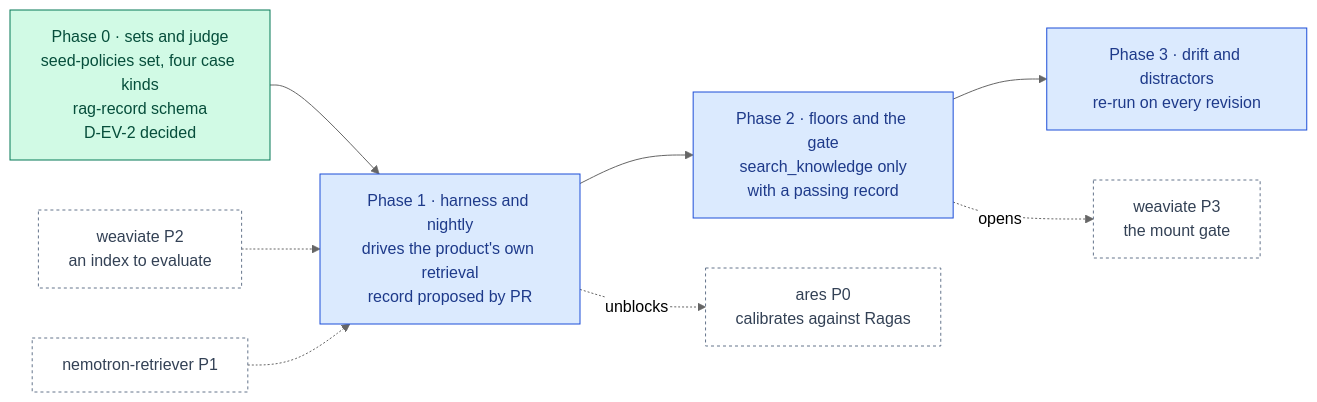
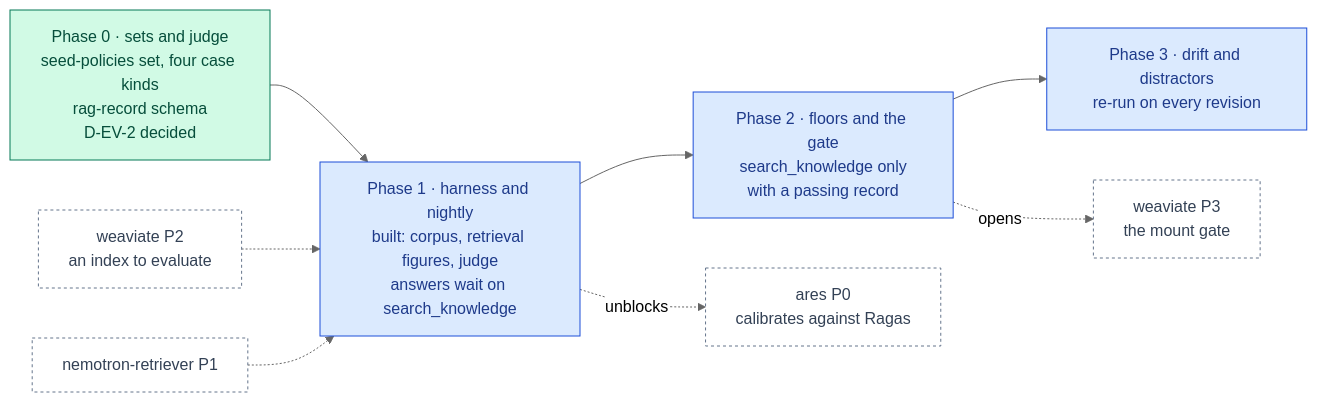
One commit to RodnaPamet/inflect-compliance changed the diagram in docs/ai-architecture/ragas.md. Above: the diagram before and after it, drawn with Mermaid (neutral theme). The commit also changed other lines of this file and 38 other files, not shown here.

First line of the commit message:
feat(evals): Ragas Phase 1 — the RAG eval harness, D-L4-9's retrieval figures and the rag-eval nightly (#5752)

````diff
--- a/docs/ai-architecture/ragas.md
+++ b/docs/ai-architecture/ragas.md
@@ -29,23 +29,23 @@
 ```mermaid
 flowchart LR
   P0["Phase 0 · sets and judge<br/>seed-policies set, four case kinds<br/>rag-record schema<br/>D-EV-2 decided"]:::done
-  P1["Phase 1 · harness and nightly<br/>drives the product's own retrieval<br/>record proposed by PR"]:::todo
+  P1["Phase 1 · harness and nightly<br/>built: corpus, retrieval figures, judge<br/>answers wait on search_knowledge"]:::todo
   P2["Phase 2 · floors and the gate<br/>search_knowledge only<br/>with a passing record"]:::todo
   P3["Phase 3 · drift and distractors<br/>re-run on every revision"]:::todo
   WV["weaviate P2<br/>an index to evaluate"]:::ext
   RT["nemotron-retriever P1"]:::ext
   WV3["weaviate P3<br/>the mount gate"]:::ext
   AR["ares P0<br/>calibrates against Ragas"]:::ext
   P0 --> P1 --> P2 --> P3
   WV -.-> P1
   RT -.-> P1
   P2 -.->|opens| WV3
   P1 -.->|unblocks| AR
 
   classDef done fill:#d1fae5,stroke:#047857,color:#064e3b
   classDef todo fill:#dbeafe,stroke:#1d4ed8,color:#1e3a8a
   classDef gate fill:#ede9fe,stroke:#6d28d9,color:#3b0764
   classDef ext fill:#ffffff,stroke:#64748b,color:#334155,stroke-dasharray:3 3
   classDef eval fill:#fce7f3,stroke:#be185d,color:#831843
   classDef declined fill:#f3f4f6,stroke:#6b7280,color:#374151,stroke-dasharray:4 3
 ```
````
